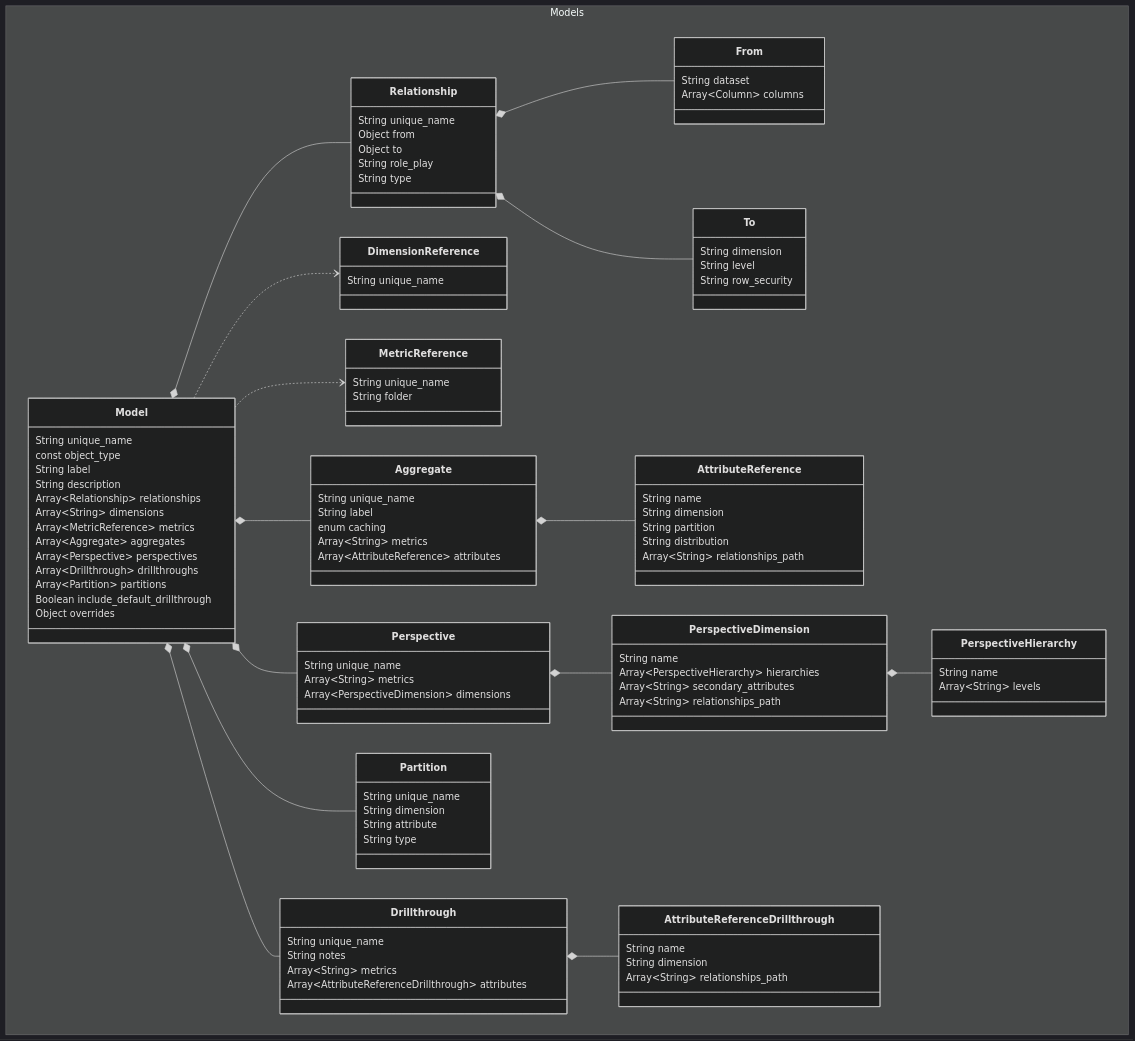
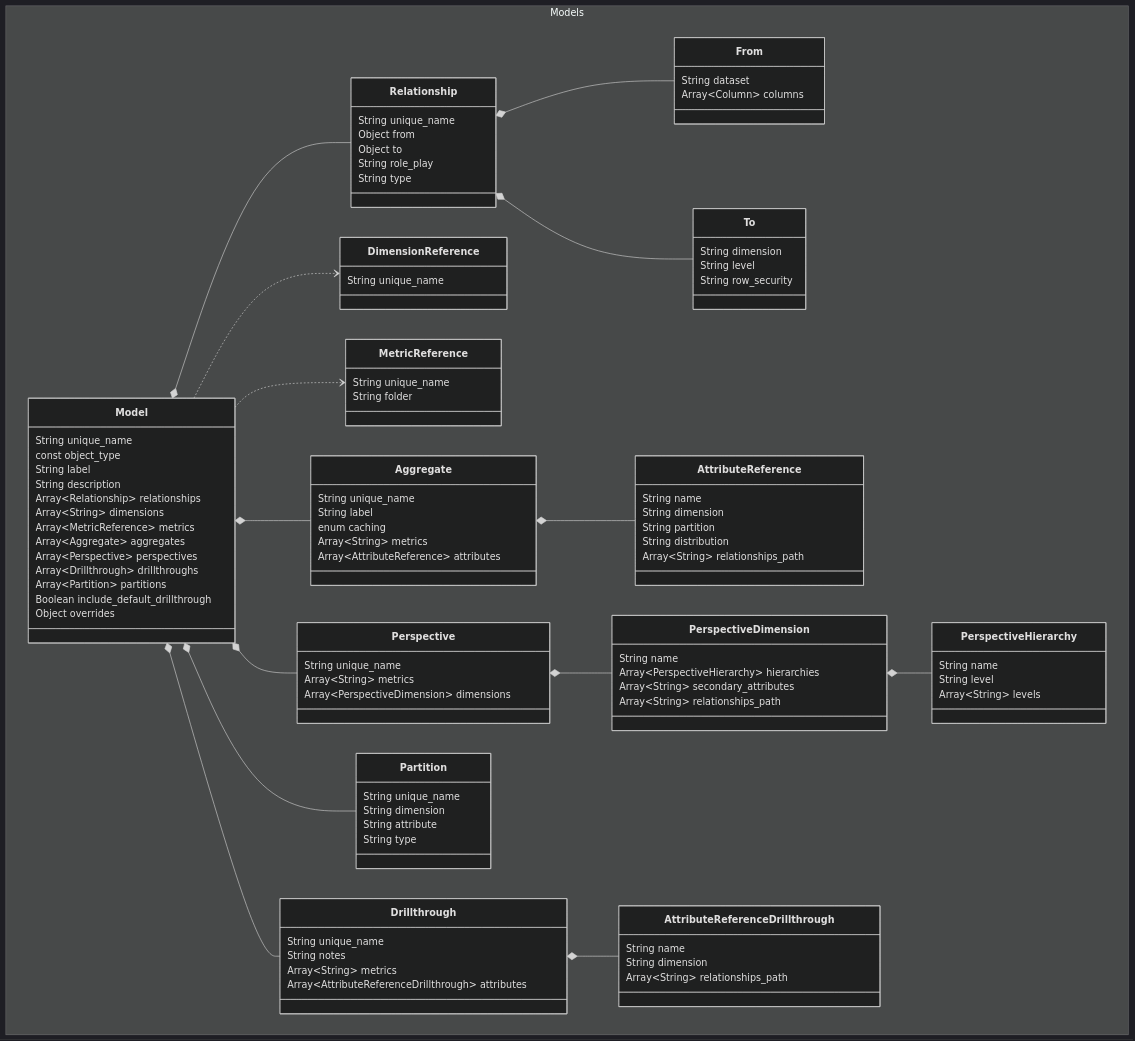
Before and after one commit to semanticdatalayer/SML: the diagram in sml-reference/model.md, drawn with Mermaid (dark theme). The commit also changed other lines of this file, not shown here.

Commit message:
feat: introduce level property to perspective hierarchies

```diff
--- a/sml-reference/model.md
+++ b/sml-reference/model.md
@@ -279,6 +278,7 @@
     }
     class PerspectiveHierarchy{
       String name
+      String level
       Array~String~ levels
     }
 }
```
